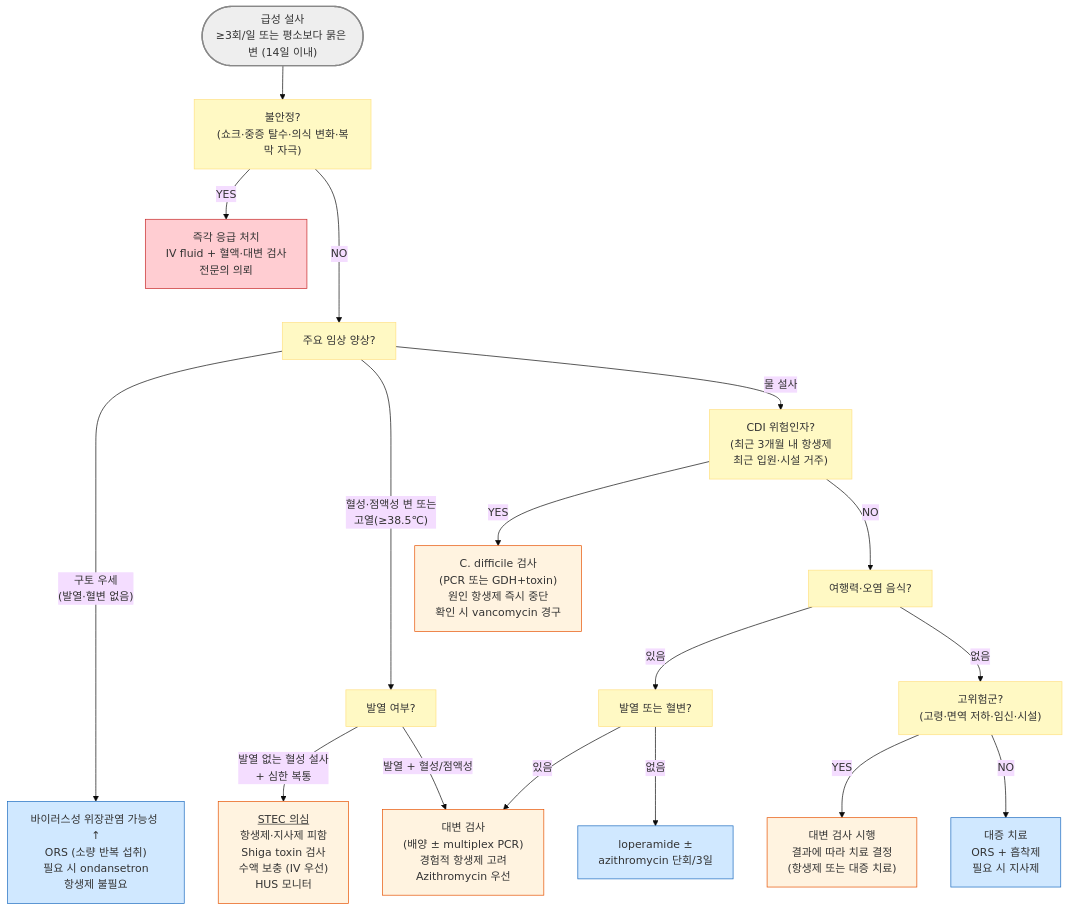
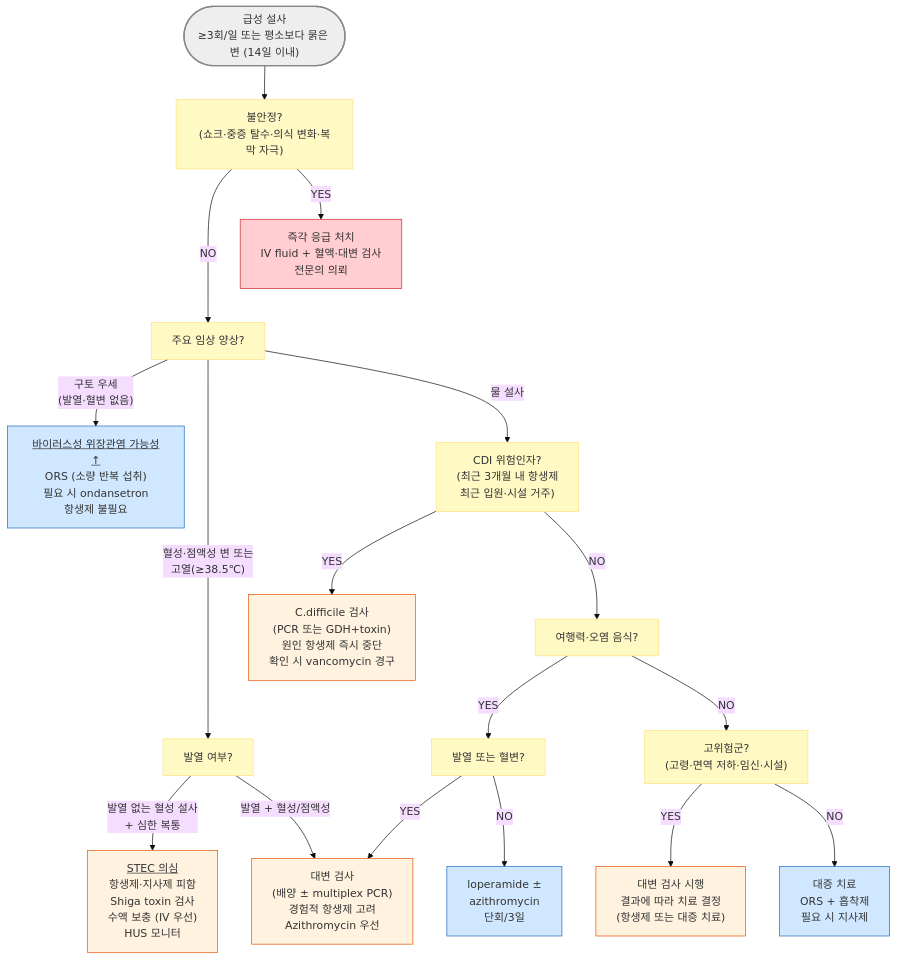
Before and after one commit to familyoh77/familyoh77: the diagram in 224_/085_-acute-infectious-diarrhea.md, drawn with Mermaid (base theme). The commit also changed other lines of this file, not shown here.

````diff
--- a/224_/085_-acute-infectious-diarrhea.md
+++ b/224_/085_-acute-infectious-diarrhea.md
@@ -219,36 +184,30 @@
 ```mermaid
 graph TD
     Start(["급성 설사<br/>≥3회/일 또는 평소보다 묽은 변 (14일 이내)"])
-
     Start --> Unstable["불안정?<br/>(쇼크·중증 탈수·의식 변화·복막 자극)"]
+    Unstable -- "NO" ---> Symptom["주요 임상 양상?"]
     Unstable -- "YES" --> ER["즉각 응급 처치<br/>IV fluid + 혈액·대변 검사<br/>전문의 의뢰"]
-    Unstable -- "NO" ---> Symptom["주요 임상 양상?"]
-
-    Symptom -- "구토 우세<br/>(발열·혈변 없음)" -----> Viral["바이러스성 위장관염 가능성 ↑<br/>ORS (소량 반복 섭취)<br/>필요 시 ondansetron<br/>항생제 불필요"]
-
+    Symptom -- "구토 우세<br/>(발열·혈변 없음)" --> Viral["<u>바이러스성 위장관염 가능성↑</u><br/>ORS (소량 반복 섭취)<br/>필요 시 ondansetron<br/>항생제 불필요"]
     Symptom -- "혈성·점액성 변 또는<br/>고열(≥38.5℃)" --> BloodFever["발열 여부?"]
     BloodFever -- "발열 없는 혈성 설사<br/>+ 심한 복통" --> 
-    
     STEC["<u>STEC 의심</u><br/>항생제·지사제 피함<br/>Shiga toxin 검사<br/>수액 보충 (IV 우선)<br/>HUS 모니터"]
     BloodFever -- "발열 + 혈성/점액성" --> EmpiricAtb["대변 검사<br/>(배양 ± multiplex PCR)<br/>경험적 항생제 고려<br/>Azithromycin 우선"]
-
     Symptom -- "물 설사" --> CDIRisk["CDI 위험인자?<br/>(최근 3개월 내 항생제<br/>최근 입원·시설 거주)"]
-    CDIRisk -- "YES" --> CDITx["C. difficile 검사<br/>(PCR 또는 GDH+toxin)<br/>원인 항생제 즉시 중단<br/>확인 시 vancomycin 경구"]
+    CDIRisk -- "YES" --> CDITx["C.difficile 검사<br/>(PCR 또는 GDH+toxin)<br/>원인 항생제 즉시 중단<br/>확인 시 vancomycin 경구"]
     CDIRisk -- "NO" --> Travel["여행력·오염 음식?"]
-    Travel -- "있음" --> TravelFever["발열 또는 혈변?"]
-    TravelFever -- "있음" --> EmpiricAtb
-    TravelFever -- "없음" --> TravelMild["loperamide ±<br/>azithromycin 단회/3일"]
-    Travel -- "없음" --> Host["고위험군?<br/>(고령·면역 저하·임신·시설)"]
+    Travel -- "YES" --> TravelFever["발열 또는 혈변?"]
+    TravelFever -- "YES" --> EmpiricAtb
+    TravelFever -- "NO" --> TravelMild["loperamide ±<br/>azithromycin <br/>단회/3일"]
+    Travel -- "NO" --> Host["고위험군?<br/>(고령·면역 저하·임신·시설)"]
     Host -- "YES" --> StoolExam["대변 검사 시행<br/>결과에 따라 치료 결정<br/>(항생제 또는 대증 치료)"]
     Host -- "NO" --> Watery["대증 치료<br/>ORS + 흡착제<br/>필요 시 지사제"]
  
 style Start fill:#eeeeee,stroke:#888888,stroke-width:2px
 classDef yellow fill:#fff9c4,stroke:#ffe082
    class Unstable,Symptom,BloodFever,CDIRisk,Travel,Host,TravelFever yellow
 style ER fill:#ffcdd2,stroke:#c62828
 classDef orange50 fill:#fff3e0,stroke:#e65100
    class STEC,CDITx,EmpiricAtb,StoolExam orange50
-classDef green fill:#e8f5e9,stroke:#81c784
 classDef blue fill:#d0e8ff,stroke:#1a6abf
    class Viral,TravelMild,Watery blue
 ```
````
